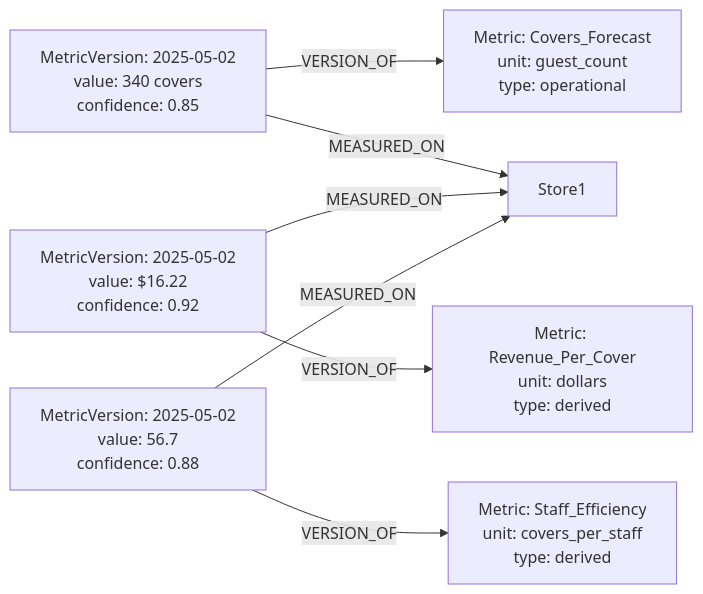
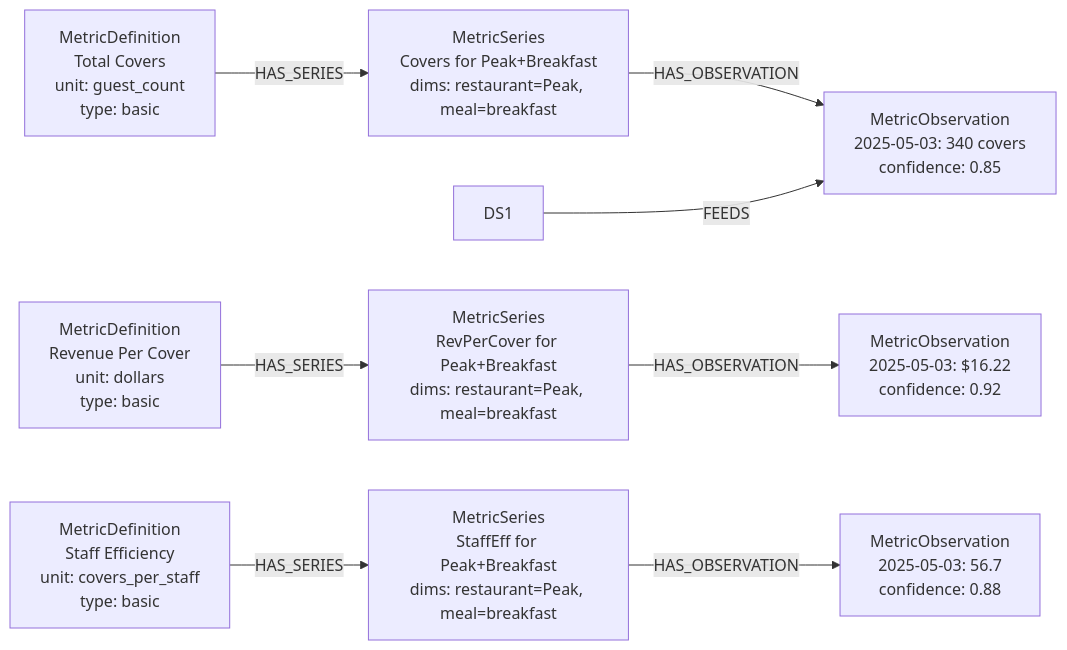
One commit to maxshuang/graphiti changed the ninth of 14 diagrams in docs/understanding_layer_design.md. Above: the diagram before and after it, drawn with Mermaid. The commit also changed other lines of this file, not shown here.

Commit message:
feat: Update implementation phasing and enhance mermaid diagrams for clarity and detail

````diff
--- a/docs/understanding_layer_design.md
+++ b/docs/understanding_layer_design.md
@@ -361,18 +366,24 @@
 ```mermaid
 graph LR
-    M1[Metric: Covers_Forecast<br/>unit: guest_count<br/>type: operational]
-    M2[Metric: Revenue_Per_Cover<br/>unit: dollars<br/>type: derived]
-    M3[Metric: Staff_Efficiency<br/>unit: covers_per_staff<br/>type: derived]
+    MD1[MetricDefinition<br/>Total Covers<br/>unit: guest_count<br/>type: basic]
+    MD2[MetricDefinition<br/>Revenue Per Cover<br/>unit: dollars<br/>type: basic]
+    MD3[MetricDefinition<br/>Staff Efficiency<br/>unit: covers_per_staff<br/>type: basic]
     
-    MV1[MetricVersion: 2025-05-02<br/>value: 340 covers<br/>confidence: 0.85]
-    MV2[MetricVersion: 2025-05-02<br/>value: $16.22<br/>confidence: 0.92]
-    MV3[MetricVersion: 2025-05-02<br/>value: 56.7<br/>confidence: 0.88]
+    MS1[MetricSeries<br/>Covers for Peak+Breakfast<br/>dims: restaurant=Peak, meal=breakfast]
+    MS2[MetricSeries<br/>RevPerCover for Peak+Breakfast<br/>dims: restaurant=Peak, meal=breakfast]
+    MS3[MetricSeries<br/>StaffEff for Peak+Breakfast<br/>dims: restaurant=Peak, meal=breakfast]
     
-    MV1 -->|VERSION_OF| M1
-    MV2 -->|VERSION_OF| M2
-    MV3 -->|VERSION_OF| M3
+    MO1[MetricObservation<br/>2025-05-03: 340 covers<br/>confidence: 0.85]
+    MO2[MetricObservation<br/>2025-05-03: $16.22<br/>confidence: 0.92]
+    MO3[MetricObservation<br/>2025-05-03: 56.7<br/>confidence: 0.88]
     
-    MV1 -->|MEASURED_ON| Store1
-    MV2 -->|MEASURED_ON| Store1
-    MV3 -->|MEASURED_ON| Store1
+    MD1 -->|HAS_SERIES| MS1
+    MD2 -->|HAS_SERIES| MS2
+    MD3 -->|HAS_SERIES| MS3
+    
+    MS1 -->|HAS_OBSERVATION| MO1
+    MS2 -->|HAS_OBSERVATION| MO2
+    MS3 -->|HAS_OBSERVATION| MO3
+    
+    DS1 -->|FEEDS| MO1
 ```
````
